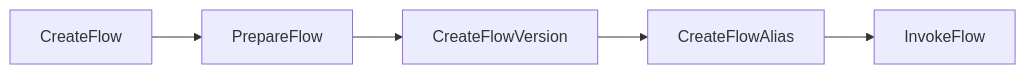
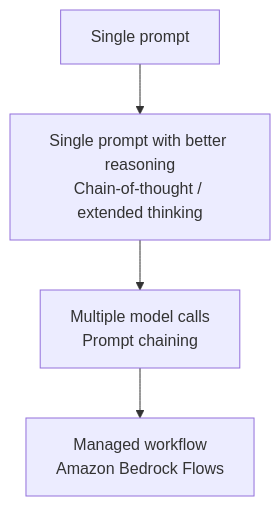
The first of 2 diagrams in domain-1-fm-integration-data-compliance/lectures/lecture-11-advanced-prompting-cot-flows-chaining.md (cloudnin9/aws-genai-developer-pro-tutor), drawn with Mermaid before and after one commit. The commit also changed other lines of this file and 5 other files, not shown here.

Commit message:
Update Lecture 11 content and related materials; refine terminology, enhance narrative flow, and adjust quiz and study logs

````diff
--- a/domain-1-fm-integration-data-compliance/lectures/lecture-11-advanced-prompting-cot-flows-chaining.md
+++ b/domain-1-fm-integration-data-compliance/lectures/lecture-11-advanced-prompting-cot-flows-chaining.md
@@ -71,4 +25,6 @@
 ```mermaid
-flowchart LR
-  A[CreateFlow] --> B[PrepareFlow] --> C[CreateFlowVersion] --> D[CreateFlowAlias] --> E[InvokeFlow]
+flowchart TD
+    A[Single prompt] --> B[Single prompt with better reasoning<br/>Chain-of-thought / extended thinking]
+    B --> C[Multiple model calls<br/>Prompt chaining]
+    C --> D[Managed workflow<br/>Amazon Bedrock Flows]
 ```
````
